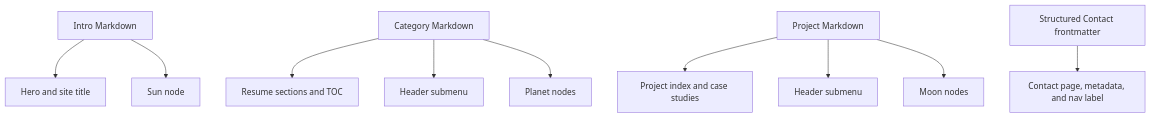
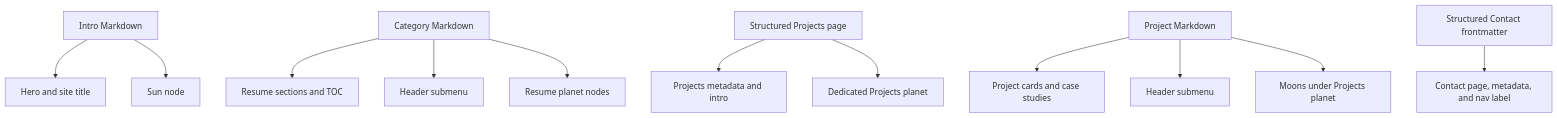
Before and after one commit to TheDragoRyu/Resume: the second of 3 diagrams in wiki/architecture.md, drawn with Mermaid. The commit also changed other lines of this file and 12 other files, not shown here.

Commit message:
feat: add dedicated projects planet

````diff
--- a/wiki/architecture.md
+++ b/wiki/architecture.md
@@ -127,12 +130,14 @@
 ```mermaid
 flowchart TD
     A["Intro Markdown"] --> B["Hero and site title"]
     A --> C["Sun node"]
     D["Category Markdown"] --> E["Resume sections and TOC"]
     D --> F["Header submenu"]
-    D --> G["Planet nodes"]
-    H["Project Markdown"] --> I["Project index and case studies"]
-    H --> J["Header submenu"]
-    H --> K["Moon nodes"]
-    L["Structured Contact frontmatter"] --> M["Contact page, metadata, and nav label"]
+    D --> G["Resume planet nodes"]
+    H["Structured Projects page"] --> I["Projects metadata and intro"]
+    H --> J["Dedicated Projects planet"]
+    K["Project Markdown"] --> L["Project cards and case studies"]
+    K --> M["Header submenu"]
+    K --> N["Moons under Projects planet"]
+    O["Structured Contact frontmatter"] --> P["Contact page, metadata, and nav label"]
 ```
````
